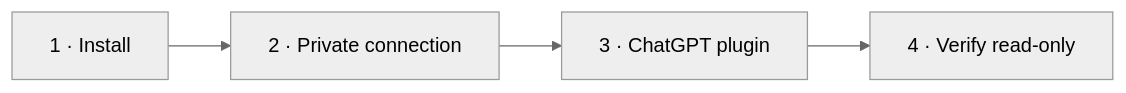
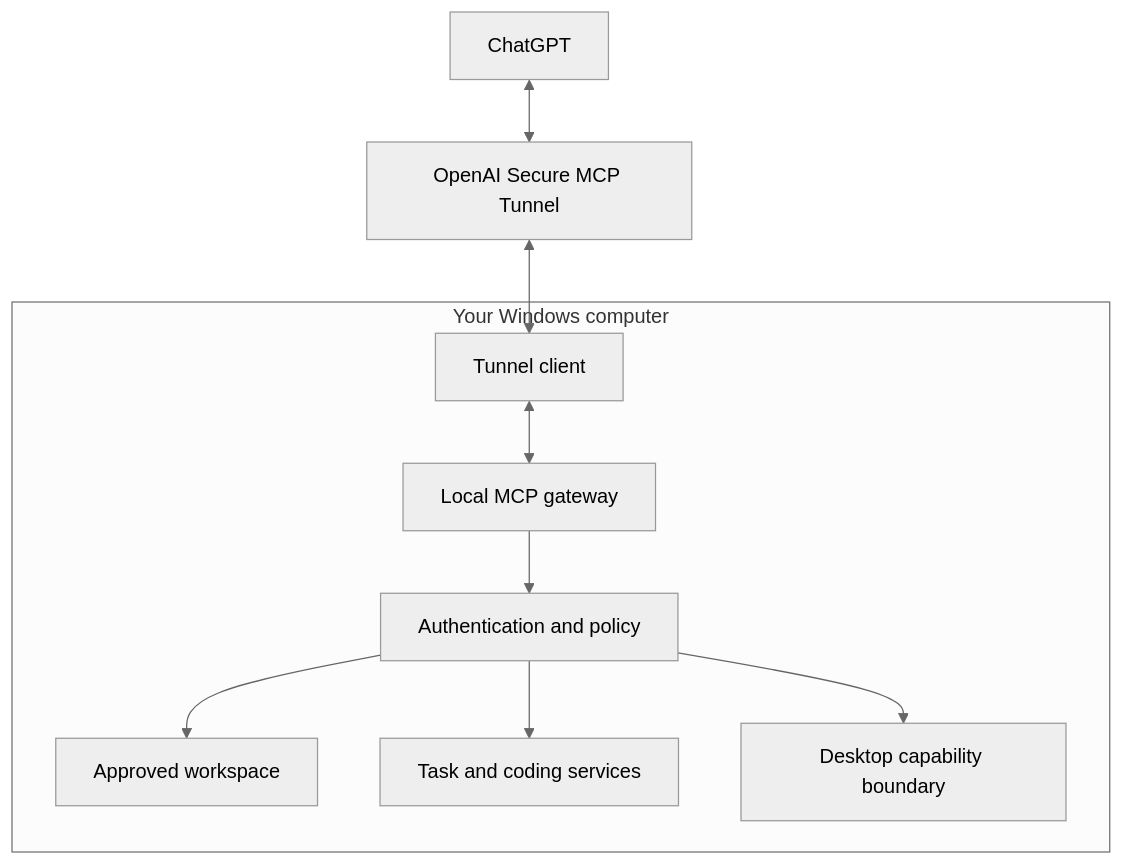
One commit to phuonghuster7/winowner-mcp changed the diagram in README.md. Above: the diagram before and after it, drawn with Mermaid (neutral theme). The commit also changed other lines of this file, not shown here.

Commit message:
docs: product-first bilingual README with architecture, requirements and safe use cases

````diff
--- a/README.md
+++ b/README.md
@@ -9,4 +34,12 @@
 ```mermaid
-flowchart LR
-  A["1 · Install"] --> B["2 · Private connection"] --> C["3 · ChatGPT plugin"] --> D["4 · Verify read-only"]
+flowchart TD
+  C["ChatGPT"] <--> T["OpenAI Secure MCP Tunnel"]
+  subgraph W["Your Windows computer"]
+    A["Tunnel client"] <--> G["Local MCP gateway"]
+    G --> P["Authentication and policy"]
+    P --> F["Approved workspace"]
+    P --> J["Task and coding services"]
+    P --> D["Desktop capability boundary"]
+  end
+  T <--> A
 ```
````
